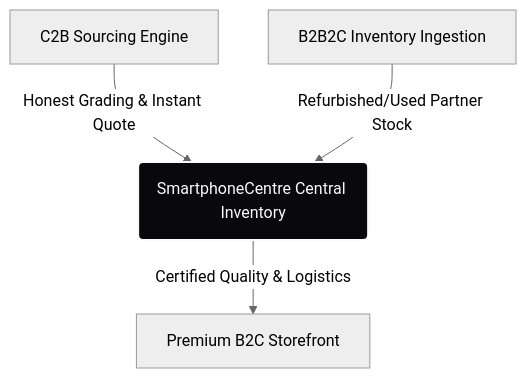
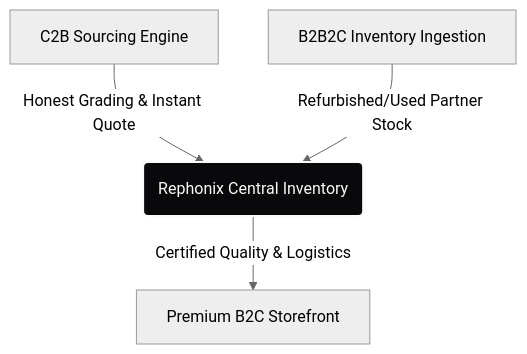
The first of 2 diagrams in prd_system_design.md (GarVitMadan11/SmartphoneCentre), drawn with Mermaid (neutral theme) before and after one commit. The commit also changed other lines of this file and 10 other files, not shown here.

````diff
--- a/prd_system_design.md
+++ b/prd_system_design.md
@@ -11,7 +11,7 @@
 ```mermaid
 graph TD
-    A[C2B Sourcing Engine] -->|Honest Grading & Instant Quote| B(SmartphoneCentre Central Inventory)
+    A[C2B Sourcing Engine] -->|Honest Grading & Instant Quote| B(Rephonix Central Inventory)
     C[B2B2C Inventory Ingestion] -->|Refurbished/Used Partner Stock| B
     B -->|Certified Quality & Logistics| D[Premium B2C Storefront]
     style B fill:#09090B,stroke:#FAFAFA,stroke-width:2px,color:#FAFAFA
 ```
````
